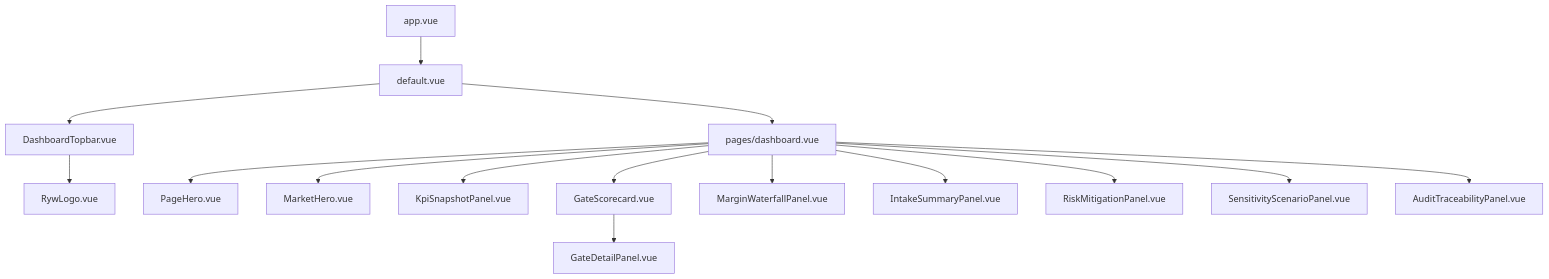
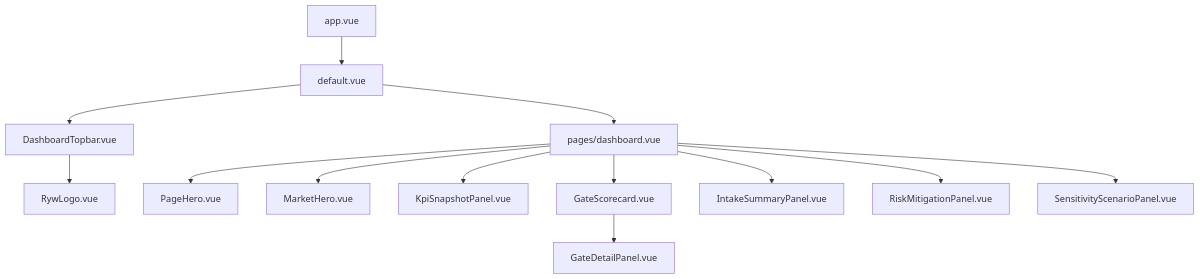
Before and after one commit to anjilarora/PJTL-RYW-Dashboard: the diagram in docs/architecture/spa-layout.md, drawn with Mermaid. The commit also changed other lines of this file and 213 other files, not shown here.

````diff
--- a/docs/architecture/spa-layout.md
+++ b/docs/architecture/spa-layout.md
@@ -74,31 +65,27 @@
 ```mermaid
 graph TD
   root[app.vue]
   layout[default.vue]
   topbar[DashboardTopbar.vue]
   logo[RywLogo.vue]
   page[pages/dashboard.vue]
   hero[PageHero.vue]
   mhero[MarketHero.vue]
   kpip[KpiSnapshotPanel.vue]
   gs[GateScorecard.vue]
   gd[GateDetailPanel.vue]
-  mw[MarginWaterfallPanel.vue]
   ism[IntakeSummaryPanel.vue]
   rm[RiskMitigationPanel.vue]
   ss[SensitivityScenarioPanel.vue]
-  at[AuditTraceabilityPanel.vue]
 
   root --> layout
   layout --> topbar --> logo
   layout --> page
   page --> hero
   page --> mhero
   page --> kpip
   page --> gs --> gd
-  page --> mw
   page --> ism
   page --> rm
   page --> ss
-  page --> at
 ```
````
